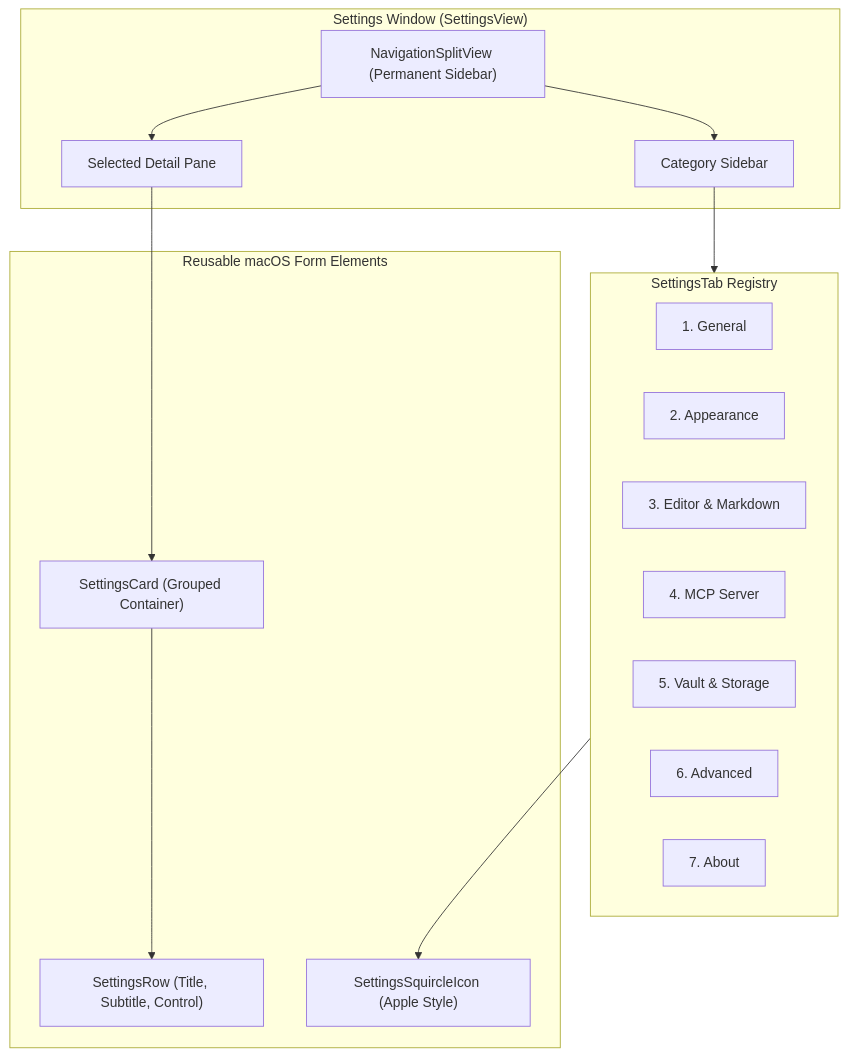
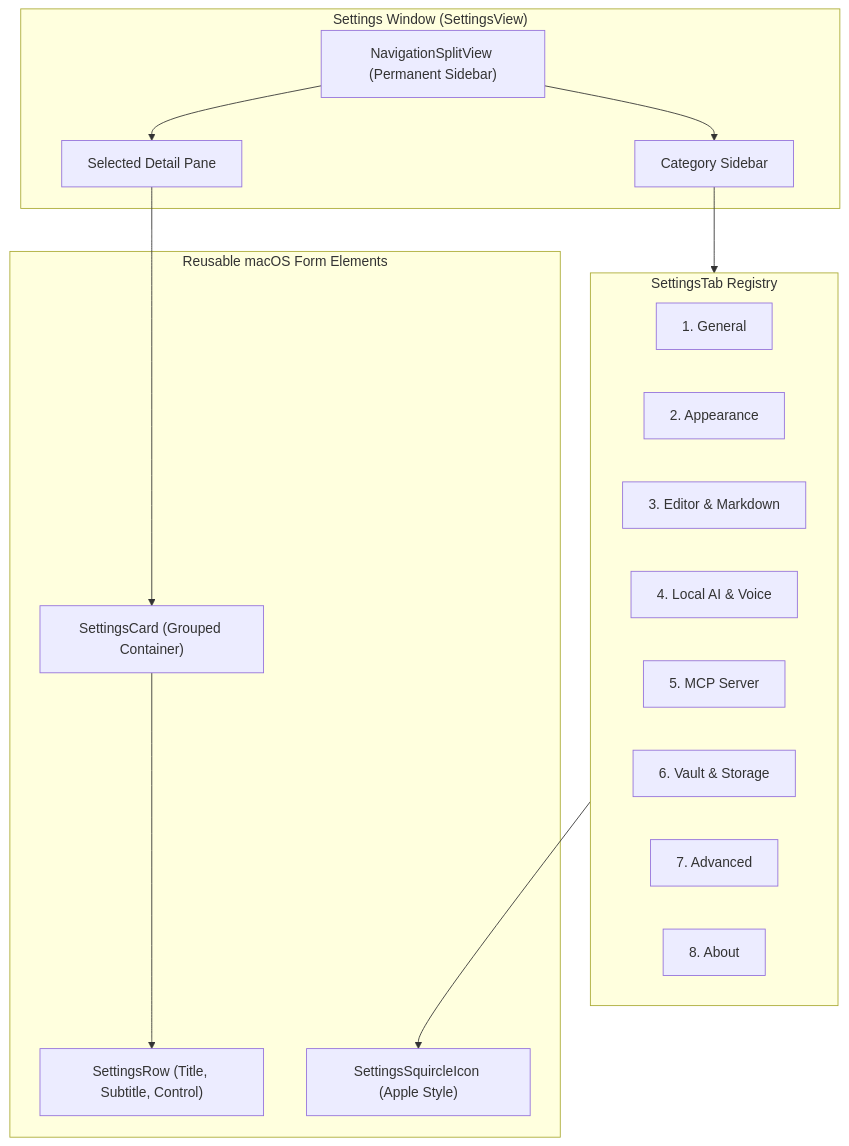
One commit to ItsReidar/brain-md changed the diagram in docs/settings-and-customization.md. Above: the diagram before and after it, drawn with Mermaid. The commit also changed other lines of this file and 6 other files, not shown here.

````diff
--- a/docs/settings-and-customization.md
+++ b/docs/settings-and-customization.md
@@ -11,31 +11,32 @@
 ```mermaid
 graph TD
     subgraph Scene ["Settings Window (SettingsView)"]
         Nav["NavigationSplitView (Permanent Sidebar)"]
         Sidebar["Category Sidebar"]
         Panes["Selected Detail Pane"]
     end
 
     subgraph Tabs ["SettingsTab Registry"]
         T1["1. General"]
         T2["2. Appearance"]
         T3["3. Editor & Markdown"]
-        T4["4. MCP Server"]
-        T5["5. Vault & Storage"]
-        T6["6. Advanced"]
-        T7["7. About"]
+        T4["4. Local AI & Voice"]
+        T5["5. MCP Server"]
+        T6["6. Vault & Storage"]
+        T7["7. Advanced"]
+        T8["8. About"]
     end
 
     subgraph Components ["Reusable macOS Form Elements"]
         Card["SettingsCard (Grouped Container)"]
         Row["SettingsRow (Title, Subtitle, Control)"]
         Icon["SettingsSquircleIcon (Apple Style)"]
     end
 
     Nav --> Sidebar
     Nav --> Panes
     Sidebar --> Tabs
     Panes --> Card
     Card --> Row
     Tabs --> Icon
 ```
````
